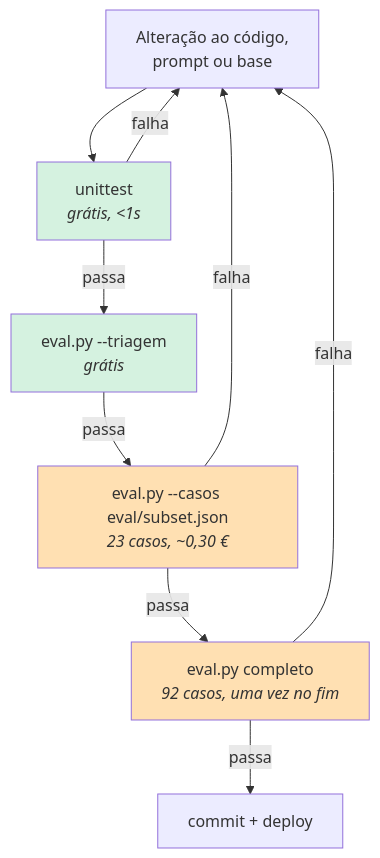
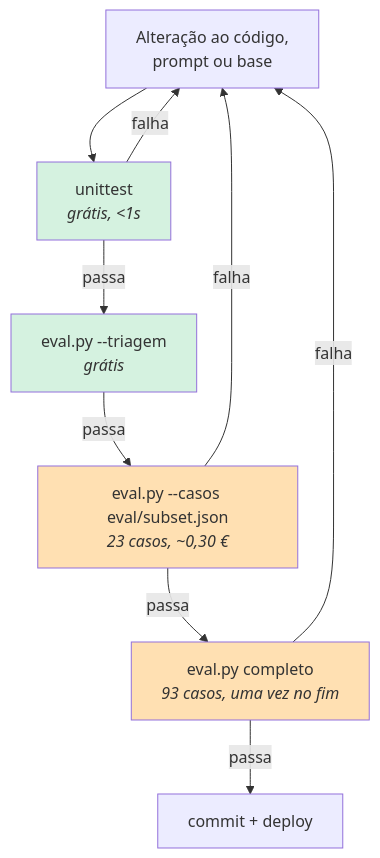
One commit to joaocarvalhini/Outlook-Reply-Assistant changed the third of 3 diagrams in docs/05-reliability/qa.md. Above: the diagram before and after it, drawn with Mermaid. The commit also changed other lines of this file and 8 other files, not shown here.

````diff
--- a/docs/05-reliability/qa.md
+++ b/docs/05-reliability/qa.md
@@ -153,16 +153,16 @@
 ```mermaid
 flowchart TD
     A["Alteração ao código,<br/>prompt ou base"] --> B["unittest<br/><i>grátis, &lt;1s</i>"]
     B -->|passa| C["eval.py --triagem<br/><i>grátis</i>"]
     B -->|falha| A
     C -->|passa| D["eval.py --casos eval/subset.json<br/><i>23 casos, ~0,30 €</i>"]
-    D -->|passa| E["eval.py completo<br/><i>92 casos, uma vez no fim</i>"]
+    D -->|passa| E["eval.py completo<br/><i>93 casos, uma vez no fim</i>"]
     D -->|falha| A
     E -->|passa| F["commit + deploy"]
     E -->|falha| A
 
     style B fill:#d5f2e0
     style C fill:#d5f2e0
     style D fill:#ffe0b2
     style E fill:#ffe0b2
 ```
````
